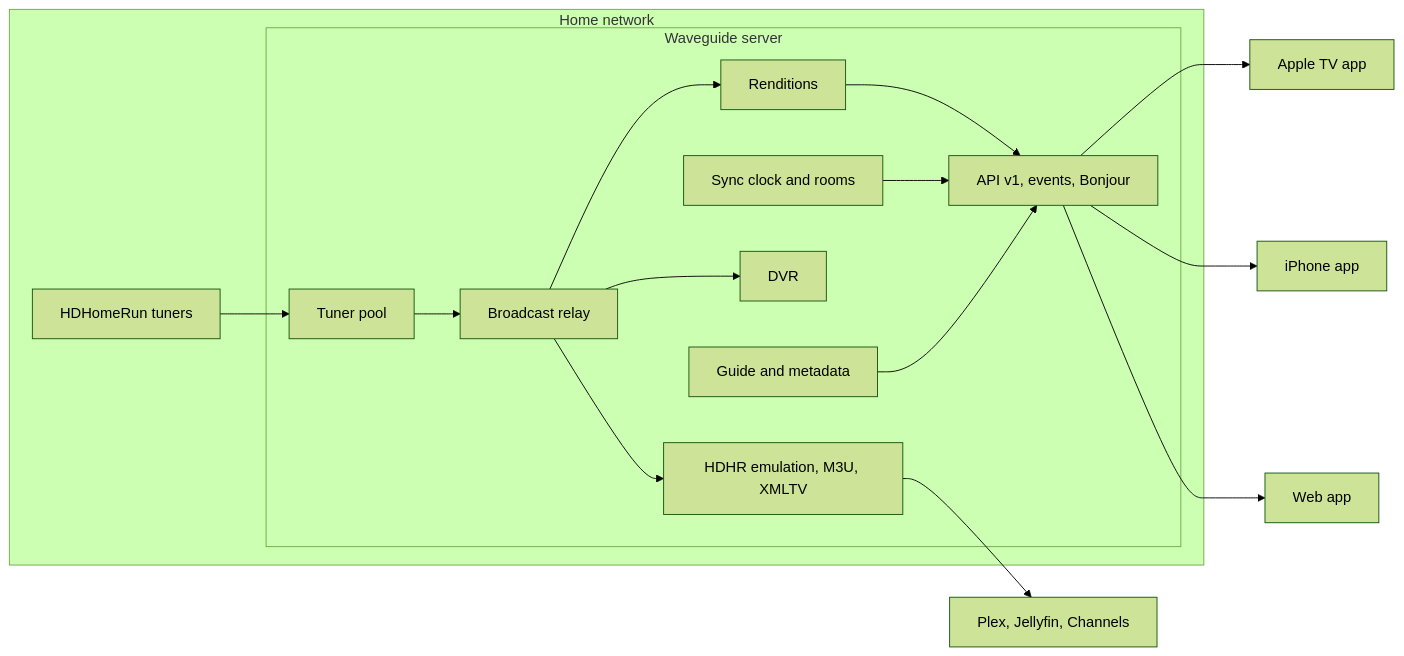
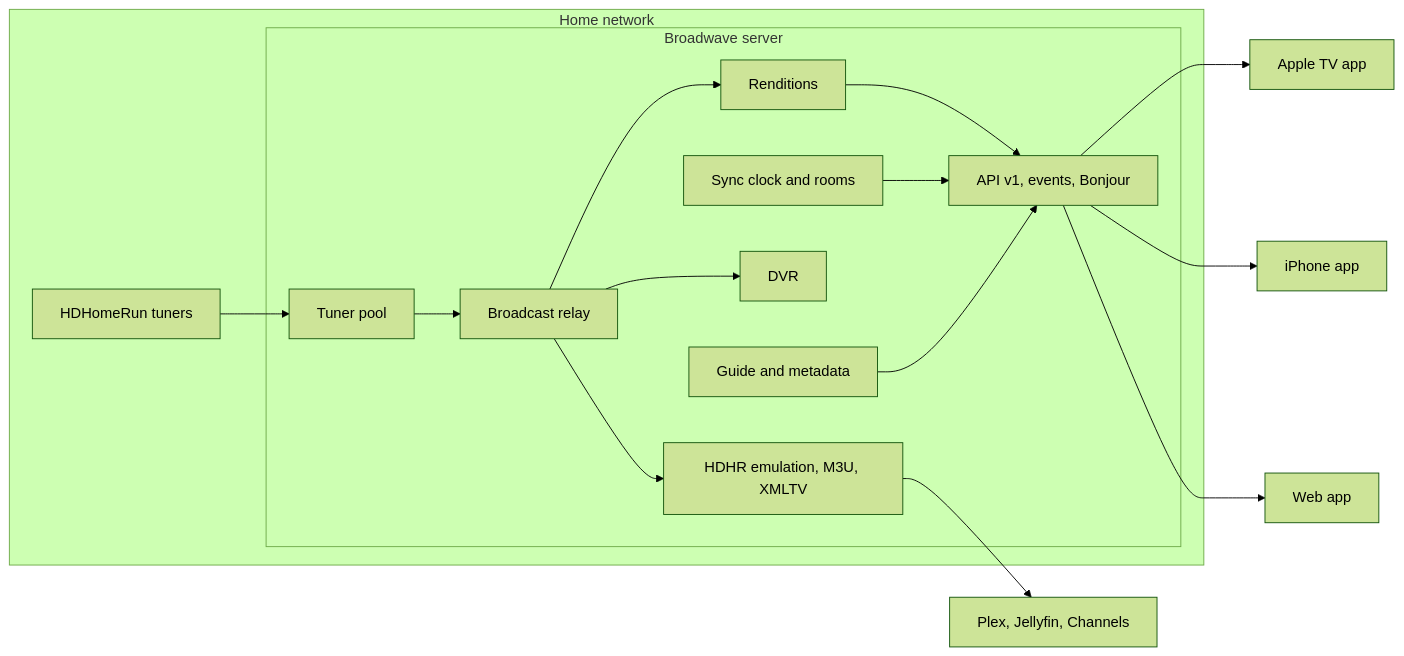
The diagram in docs/architecture.md (wolfebase/broadwave), drawn with Mermaid (forest theme) before and after one commit. The commit also changed other lines of this file and 169 other files, not shown here.

````diff
--- a/docs/architecture.md
+++ b/docs/architecture.md
@@ -3,26 +3,26 @@
 ```mermaid
 flowchart LR
   subgraph home [Home network]
     HDHR[HDHomeRun tuners]
-    subgraph server [Waveguide server]
+    subgraph server [Broadwave server]
       TunerPool[Tuner pool]
       Relay[Broadcast relay]
       Renditions[Renditions]
       Sync[Sync clock and rooms]
       DVR[DVR]
       Guide[Guide and metadata]
       API[API v1, events, Bonjour]
       Export[HDHR emulation, M3U, XMLTV]
     end
   end
   HDHR --> TunerPool --> Relay --> Renditions
   Relay --> DVR
   Renditions --> API
   Sync --> API
   Guide --> API
   Relay --> Export
   API --> TV[Apple TV app]
   API --> Phone[iPhone app]
   API --> Web[Web app]
   Export --> Others[Plex, Jellyfin, Channels]
 ```
````
